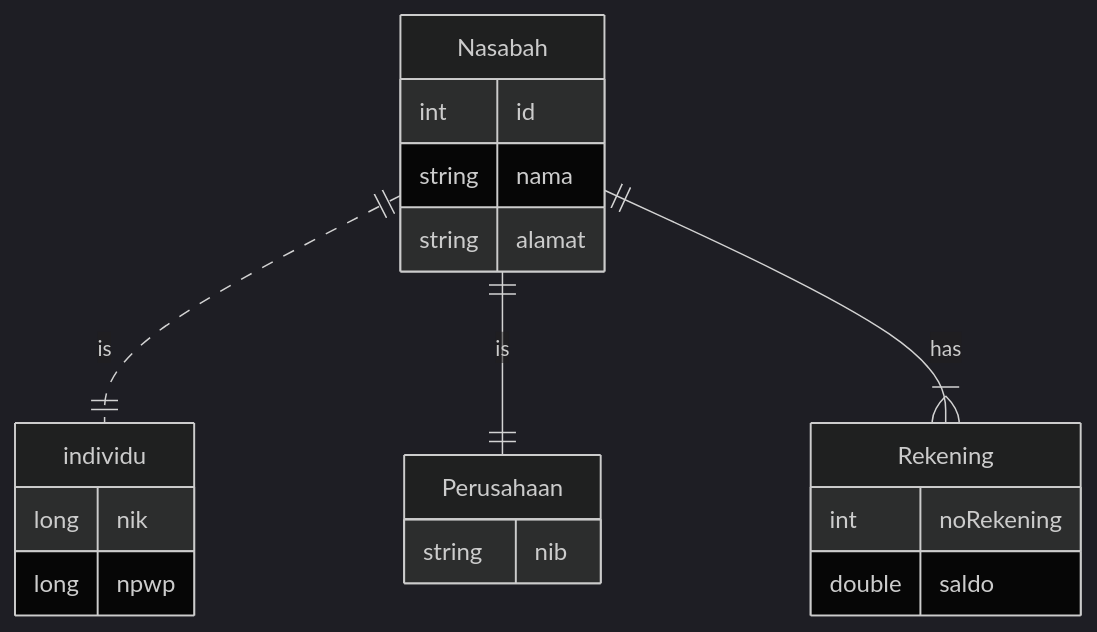
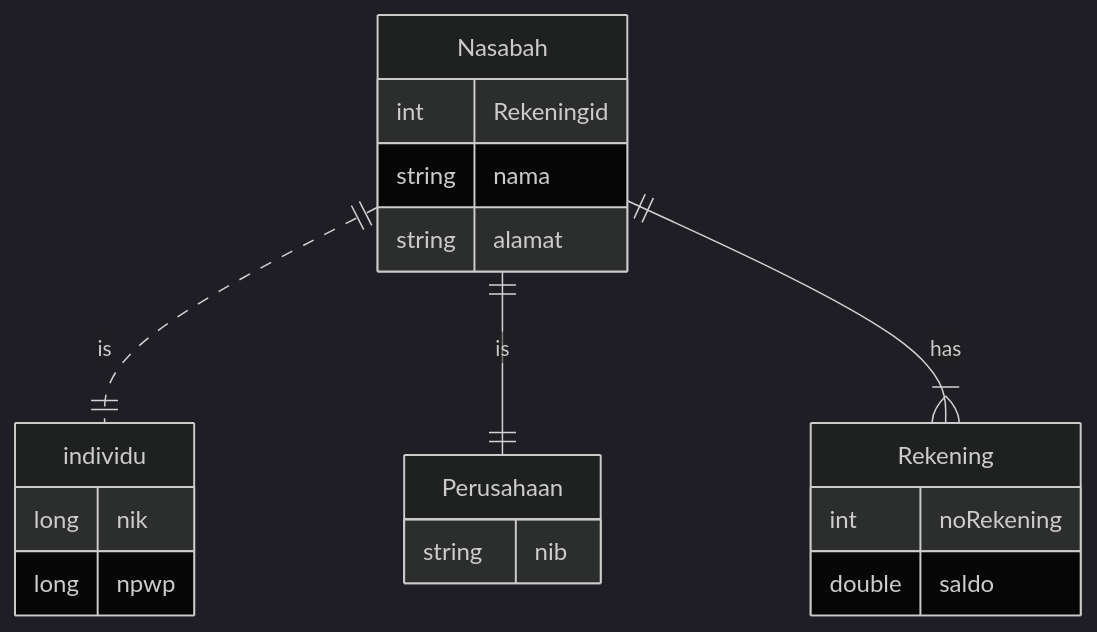
Before and after one commit to yogiandaru98/KoperasiSimpanPinjam: the second of 3 diagrams in README.md, drawn with Mermaid (dark theme).

````diff
--- a/README.md
+++ b/README.md
@@ -66,23 +66,23 @@
 ```mermaid
 erDiagram
           Nasabah ||..|| individu : is
           Nasabah ||--|| Perusahaan : is
           Nasabah ||--|{ Rekening: "has"
           Nasabah {
-            int id
+            int Rekeningid
             string nama
             string alamat
 
           }
           individu{
             long nik
             long npwp
           }
           Perusahaan{
             string nib
           }
           Rekening{
             int noRekening
             double saldo
           }
 ```
````
